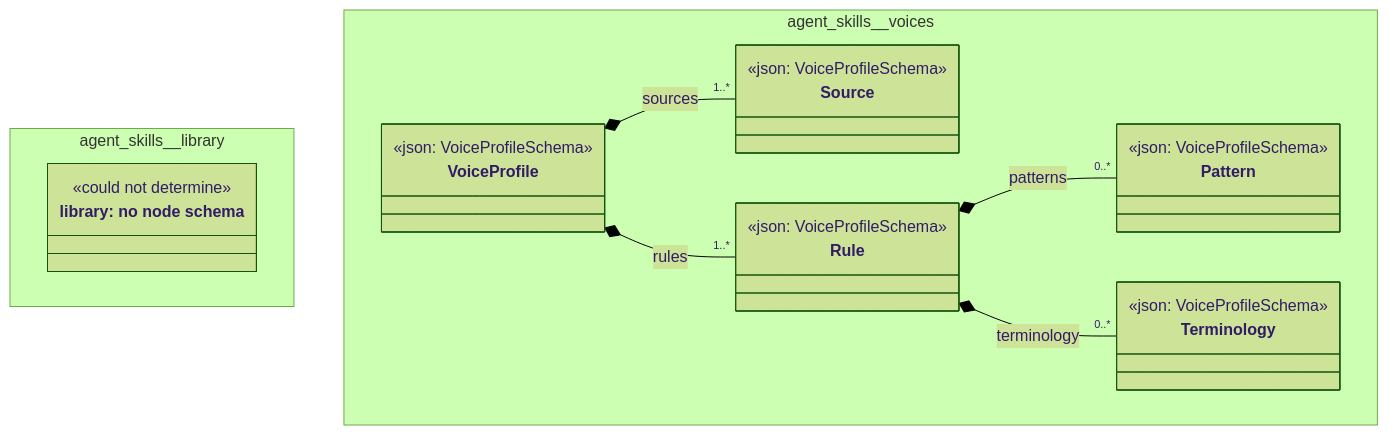
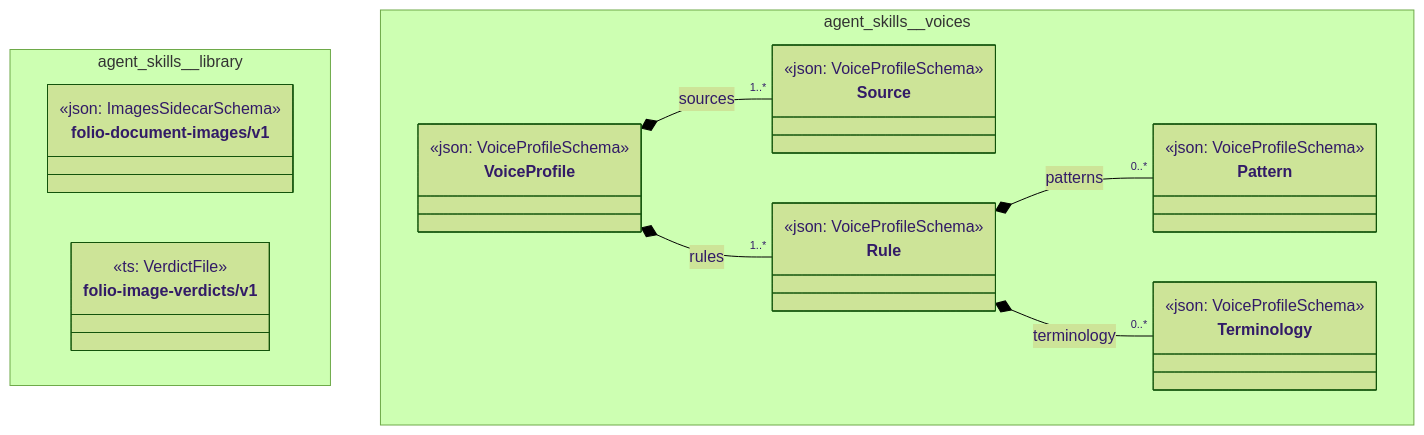
The diagram in cat-harness/docs/uml/overview/agent-skills.md (litlfred/folio-assistant), drawn with Mermaid (forest theme) before and after one commit. The commit also changed other lines of this file and 220 other files, not shown here.

First line of the commit message:
quda: register node schemas for the graph kinds that had none

````diff
--- a/cat-harness/docs/uml/overview/agent-skills.md
+++ b/cat-harness/docs/uml/overview/agent-skills.md
@@ -12,37 +12,40 @@
 ```mermaid
 classDiagram
   direction TB
   namespace agent_skills__library {
-    class n_agent_skills_library_library["library: no node schema"] {
-      <<could not determine>>
+    class agent_skills_library_folio_document_images_v1_folio_document_images_v1["folio-document-images/v1"] {
+      <<json: ImagesSidecarSchema>>
+    }
+    class agent_skills_library_folio_image_verdicts_v1["folio-image-verdicts/v1"] {
+      <<ts: VerdictFile>>
     }
   }
   namespace agent_skills__voices {
     class agent_skills_voices_Source["Source"] {
       <<json: VoiceProfileSchema>>
     }
     class agent_skills_voices_Pattern["Pattern"] {
       <<json: VoiceProfileSchema>>
     }
     class agent_skills_voices_Terminology["Terminology"] {
       <<json: VoiceProfileSchema>>
     }
     class agent_skills_voices_Rule["Rule"] {
       <<json: VoiceProfileSchema>>
     }
     class agent_skills_voices_VoiceProfile["VoiceProfile"] {
       <<json: VoiceProfileSchema>>
     }
   }
-  cssClass "n_agent_skills_library_library" fa_uml_kind_library
-  cssClass "n_agent_skills_library_library" fa_uml_undetermined
+  cssClass "agent_skills_library_folio_document_images_v1_folio_document_images_v1" fa_uml_kind_library
+  cssClass "agent_skills_library_folio_image_verdicts_v1" fa_uml_kind_library
   agent_skills_voices_VoiceProfile *-- "1..*" agent_skills_voices_Source : sources
   agent_skills_voices_Rule *-- "0..*" agent_skills_voices_Pattern : patterns
   agent_skills_voices_Rule *-- "0..*" agent_skills_voices_Terminology : terminology
   agent_skills_voices_VoiceProfile *-- "1..*" agent_skills_voices_Rule : rules
   cssClass "agent_skills_voices_Source" fa_uml_kind_voices
   cssClass "agent_skills_voices_Pattern" fa_uml_kind_voices
   cssClass "agent_skills_voices_Terminology" fa_uml_kind_voices
   cssClass "agent_skills_voices_Rule" fa_uml_kind_voices
   cssClass "agent_skills_voices_VoiceProfile" fa_uml_kind_voices
 ```
````
